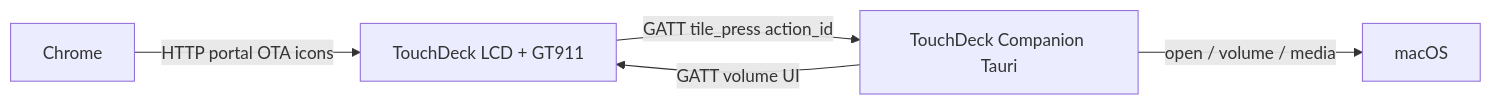
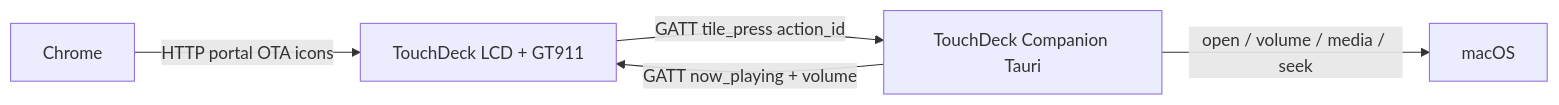
Before and after one commit to vthang87/touchdeck: the diagram in docs/huong-dan-su-dung.md, drawn with Mermaid. The commit also changed other lines of this file and 45 other files, not shown here.

First line of the commit message:
Ship media pager, Now Playing sync, and resilient BLE reconnect.

````diff
--- a/docs/huong-dan-su-dung.md
+++ b/docs/huong-dan-su-dung.md
@@ -17,7 +17,7 @@
 ```mermaid
 flowchart LR
   touch[TouchDeck LCD + GT911] -->|GATT tile_press action_id| companion[TouchDeck Companion Tauri]
-  companion -->|open / volume / media| mac[macOS]
-  companion -->|GATT volume UI| touch
+  companion -->|open / volume / media / seek| mac[macOS]
+  companion -->|GATT now_playing + volume| touch
   browser[Chrome] -->|HTTP portal OTA icons| touch
 ```
````
